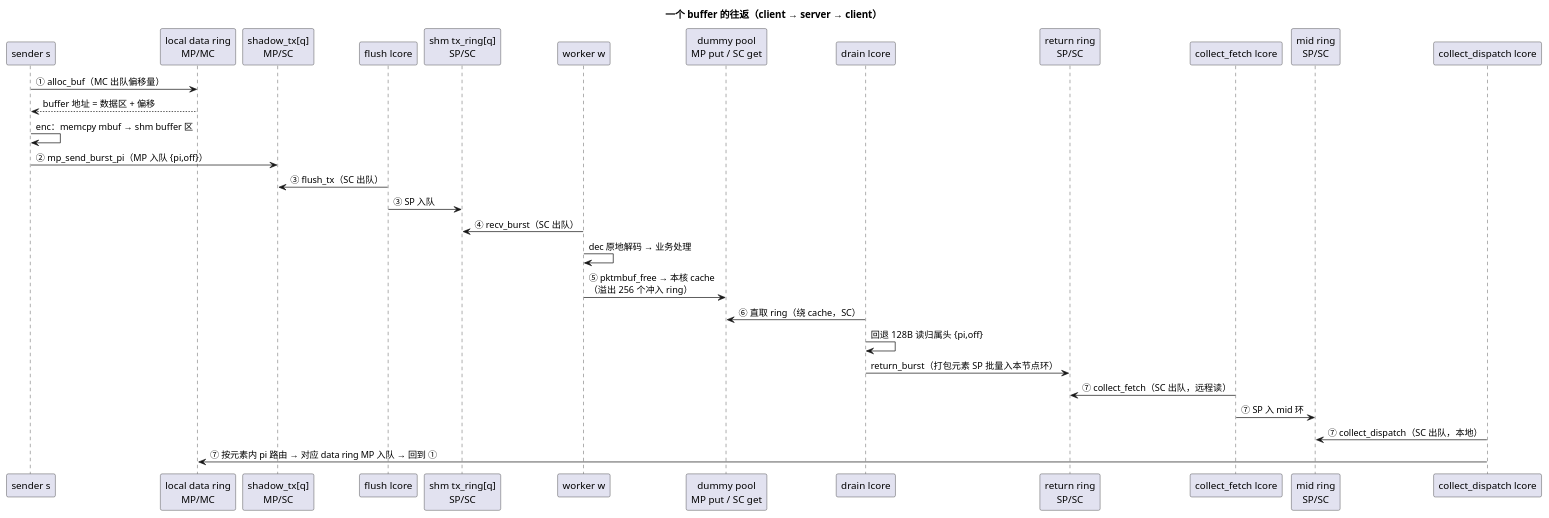
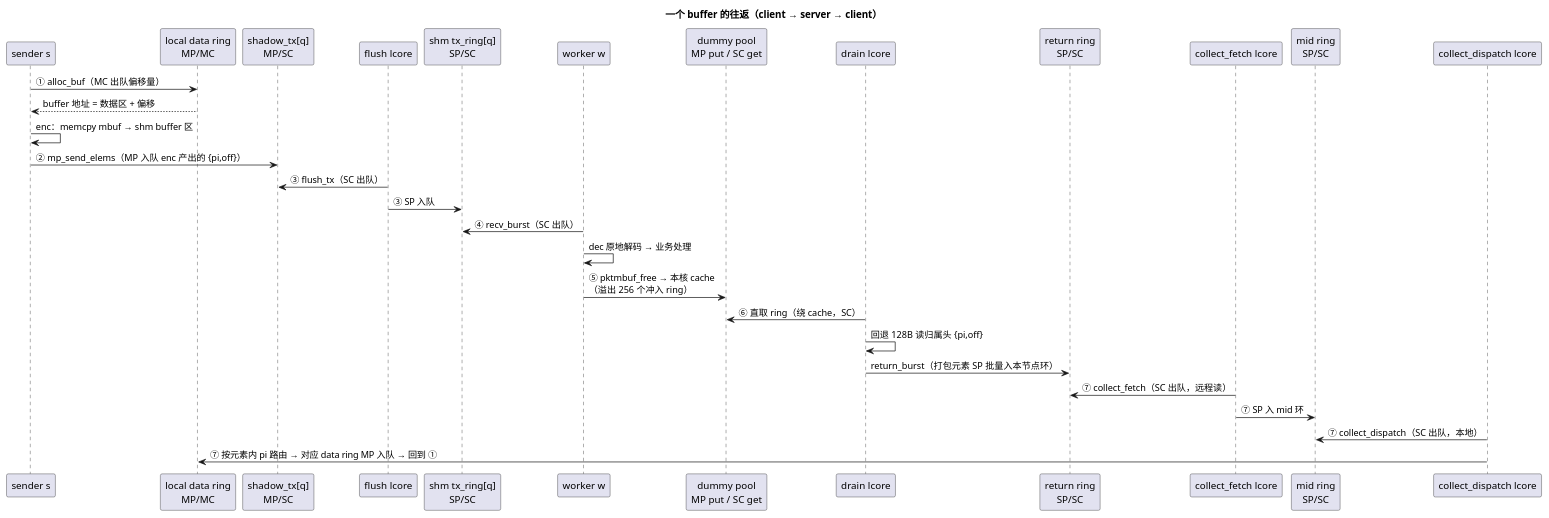
The second of 2 diagrams in demo2/ub_ring_model.md (kunpengcompute/dpdk), drawn with PlantUML before and after one commit. The commit also changed other lines of this file and 4 other files, not shown here.

````diff
--- a/demo2/ub_ring_model.md
+++ b/demo2/ub_ring_model.md
@@ -107,35 +107,35 @@
 ```plantuml
 @startuml
 title 一个 buffer 的往返（client → server → client）
 
 participant "sender s" as S
 participant "local data ring\nMP/MC" as LDR
 participant "shadow_tx[q]\nMP/SC" as STX
 participant "flush lcore" as F
 participant "shm tx_ring[q]\nSP/SC" as TXR
 participant "worker w" as W
 participant "dummy pool\nMP put / SC get" as D
 participant "drain lcore" as DR
 participant "return ring\nSP/SC" as RR
 participant "collect_fetch lcore" as C
 participant "mid ring\nSP/SC" as MID
 participant "collect_dispatch lcore" as DI
 
 S -> LDR : ① alloc_buf（MC 出队偏移量）
 LDR --> S : buffer 地址 = 数据区 + 偏移
 S -> S : enc：memcpy mbuf → shm buffer 区
-S -> STX : ② mp_send_burst_pi（MP 入队 {pi,off}）
+S -> STX : ② mp_send_elems（MP 入队 enc 产出的 {pi,off}）
 F -> STX : ③ flush_tx（SC 出队）
 F -> TXR : ③ SP 入队
 W -> TXR : ④ recv_burst（SC 出队）
 W -> W : dec 原地解码 → 业务处理
 W -> D : ⑤ pktmbuf_free → 本核 cache\n（溢出 256 个冲入 ring）
 DR -> D : ⑥ 直取 ring（绕 cache，SC）
 DR -> DR : 回退 128B 读归属头 {pi,off}
 DR -> RR : return_burst（打包元素 SP 批量入本节点环）
 C -> RR : ⑦ collect_fetch（SC 出队，远程读）
 C -> MID : ⑦ SP 入 mid 环
 DI -> MID : ⑦ collect_dispatch（SC 出队，本地）
 DI -> LDR : ⑦ 按元素内 pi 路由 → 对应 data ring MP 入队 → 回到 ①
 @enduml
 ```
````
